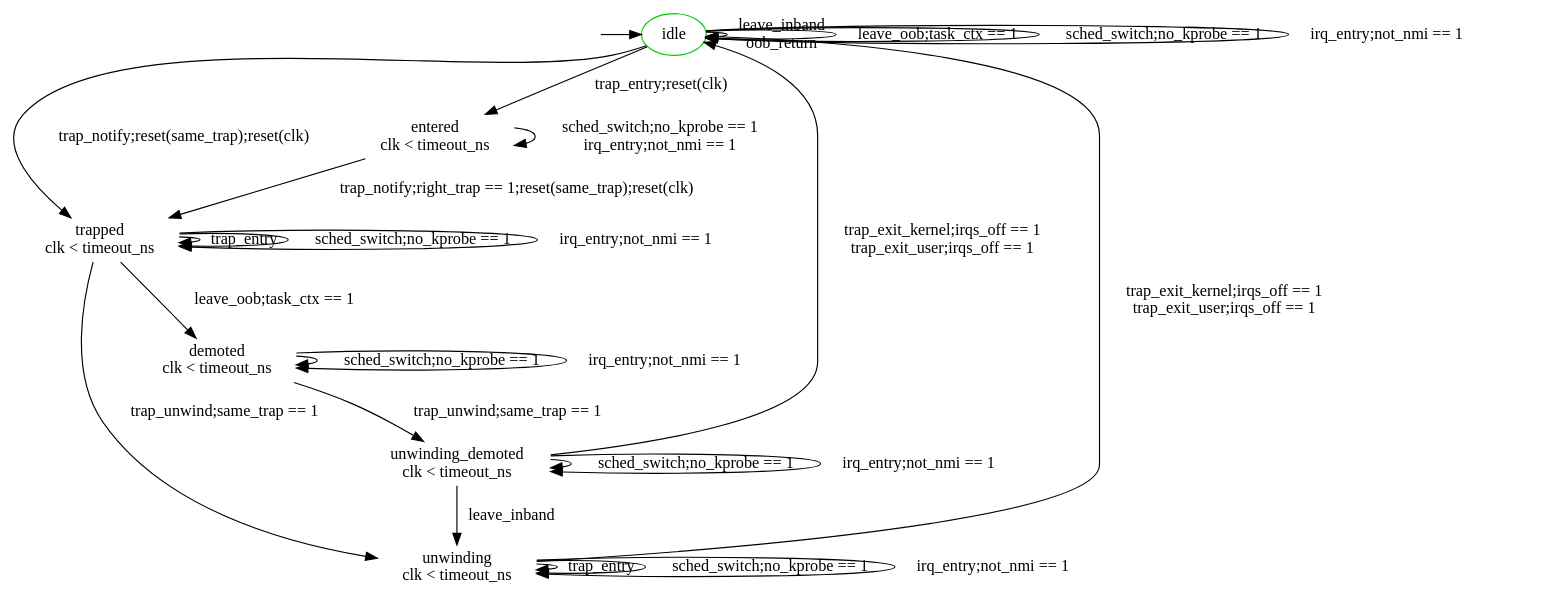
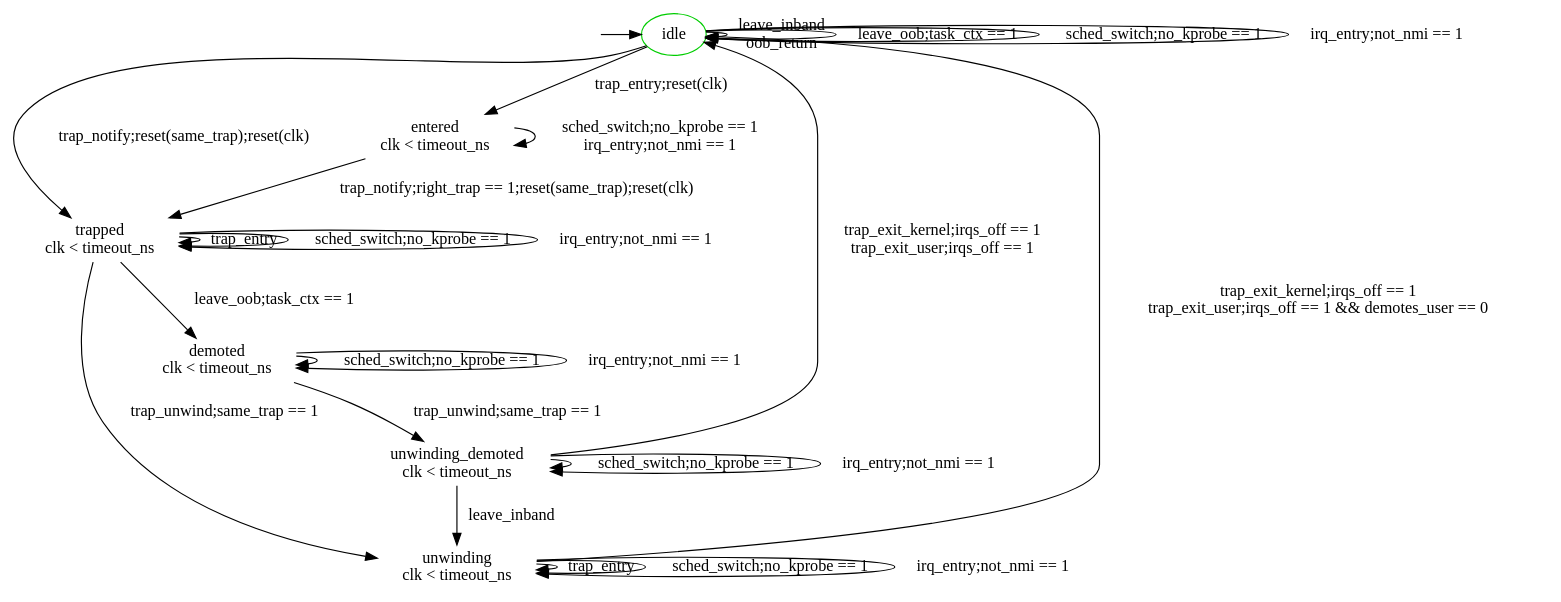
Before and after one commit to TobiasSchaffner/linux: the diagram in tools/verification/models/oob_trap.dot, drawn with Graphviz. The commit also changed 4 other files, not shown here.

First line of the commit message:
rv: oob_trap: check that Cobalt relaxes the thread for user traps

```diff
--- a/tools/verification/models/oob_trap.dot
+++ b/tools/verification/models/oob_trap.dot
@@ -1,44 +1,44 @@
 digraph state_automaton {
 	{node [shape = plaintext, style=invis, label=""] "__init_idle"};
 	{node [shape = ellipse] "idle"};
 	{node [shape = plaintext] "trapped"};
 	{node [shape = plaintext] "demoted"};
 	{node [shape = plaintext] "unwinding"};
 	{node [shape = plaintext] "unwinding_demoted"};
 	{node [shape = plaintext] "entered"};
 	"__init_idle" -> "idle";
 	"idle" [label = "idle", color = green3];
 	"trapped" [label = "trapped\nclk < timeout_ns"];
 	"demoted" [label = "demoted\nclk < timeout_ns"];
 	"unwinding" [label = "unwinding\nclk < timeout_ns"];
 	"unwinding_demoted" [label = "unwinding_demoted\nclk < timeout_ns"];
 	"entered" [label = "entered\nclk < timeout_ns"];
 	"idle" -> "entered" [ label = "trap_entry;reset(clk)" ];
 	"entered" -> "trapped" [ label = "trap_notify;right_trap == 1;reset(same_trap);reset(clk)" ];
 	"trapped" -> "trapped" [ label = "trap_entry" ];
 	"unwinding" -> "unwinding" [ label = "trap_entry" ];
 	"entered" -> "entered" [ label = "sched_switch;no_kprobe == 1\nirq_entry;not_nmi == 1" ];
 	"idle" -> "trapped" [ label = "trap_notify;reset(same_trap);reset(clk)" ];
 	"trapped" -> "demoted" [ label = "leave_oob;task_ctx == 1" ];
 	"trapped" -> "unwinding" [ label = "trap_unwind;same_trap == 1" ];
 	"demoted" -> "unwinding_demoted" [ label = "trap_unwind;same_trap == 1" ];
 	"unwinding_demoted" -> "unwinding" [ label = "leave_inband" ];
-	"unwinding" -> "idle" [ label = "trap_exit_kernel;irqs_off == 1\ntrap_exit_user;irqs_off == 1" ];
+	"unwinding" -> "idle" [ label = "trap_exit_kernel;irqs_off == 1\ntrap_exit_user;irqs_off == 1 && demotes_user == 0" ];
 	"unwinding_demoted" -> "idle" [ label = "trap_exit_kernel;irqs_off == 1\ntrap_exit_user;irqs_off == 1" ];
 	"idle" -> "idle" [ label = "leave_inband\noob_return" ];
 	"idle" -> "idle" [ label = "leave_oob;task_ctx == 1" ];
 	"idle" -> "idle" [ label = "sched_switch;no_kprobe == 1" ];
 	"trapped" -> "trapped" [ label = "sched_switch;no_kprobe == 1" ];
 	"demoted" -> "demoted" [ label = "sched_switch;no_kprobe == 1" ];
 	"unwinding" -> "unwinding" [ label = "sched_switch;no_kprobe == 1" ];
 	"unwinding_demoted" -> "unwinding_demoted" [ label = "sched_switch;no_kprobe == 1" ];
 	"idle" -> "idle" [ label = "irq_entry;not_nmi == 1" ];
 	"trapped" -> "trapped" [ label = "irq_entry;not_nmi == 1" ];
 	"demoted" -> "demoted" [ label = "irq_entry;not_nmi == 1" ];
 	"unwinding" -> "unwinding" [ label = "irq_entry;not_nmi == 1" ];
 	"unwinding_demoted" -> "unwinding_demoted" [ label = "irq_entry;not_nmi == 1" ];
 	{ rank = min ;
 		"__init_idle";
 		"idle";
 	}
 }
```
